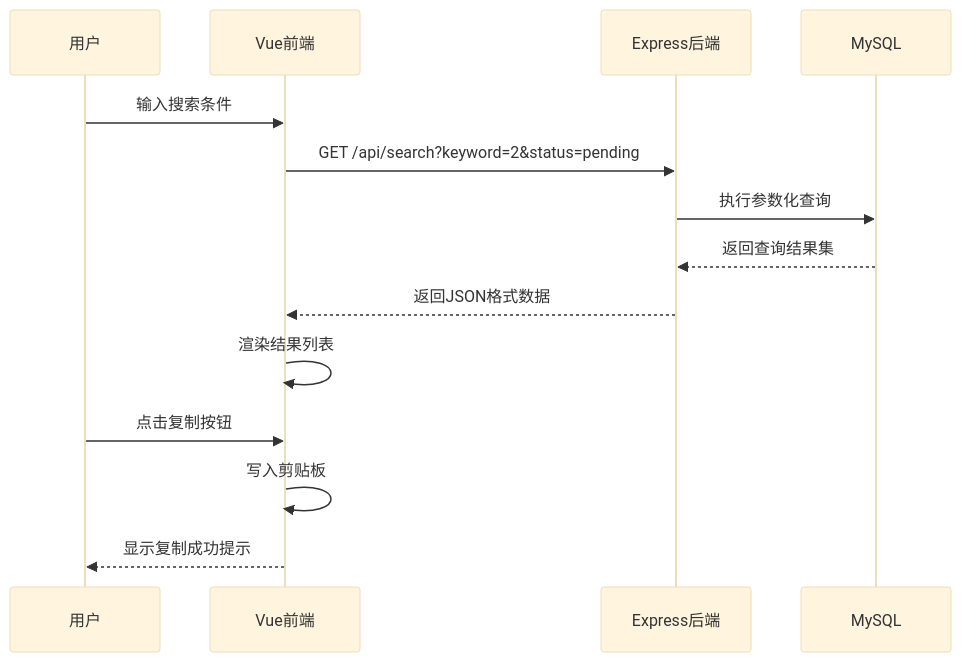
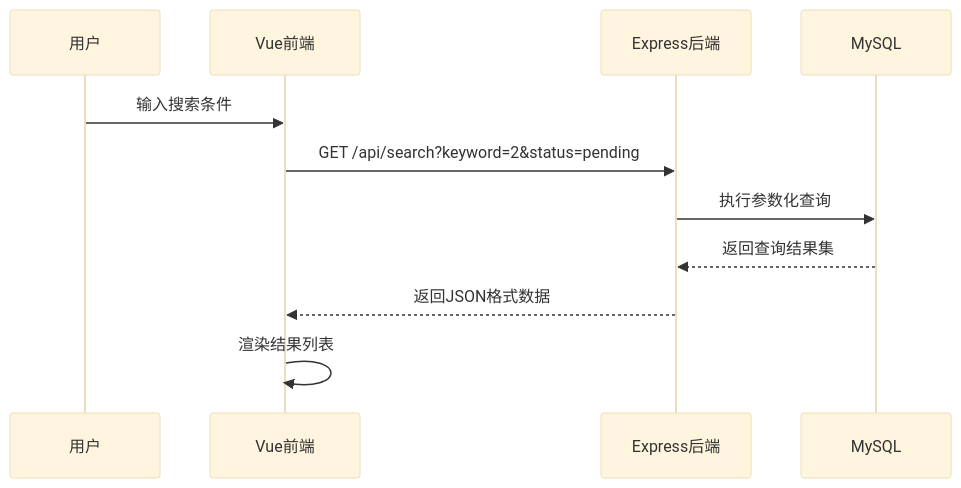
Before and after one commit to 1215587043/iodraw-files: the diagram in all/未命名-2.md, drawn with Mermaid (base theme).

Commit message:
2025-04-11 21:57:50 update

````diff
--- a/all/未命名-2.md
+++ b/all/未命名-2.md
@@ -1,17 +1,15 @@
 ```mermaid
 sequenceDiagram
     participant 用户 as 用户
     participant 前端 as Vue前端
     participant 后端 as Express后端
     participant 数据库 as MySQL
 
     用户->>前端: 输入搜索条件
     前端->>后端: GET /api/search?keyword=2&status=pending
     后端->>数据库: 执行参数化查询
     数据库-->>后端: 返回查询结果集
     后端-->>前端: 返回JSON格式数据
     前端->>前端: 渲染结果列表
-    用户->>前端: 点击复制按钮
-    前端->>前端: 写入剪贴板
-    前端-->>用户: 显示复制成功提示 
+ 
 ```
````
